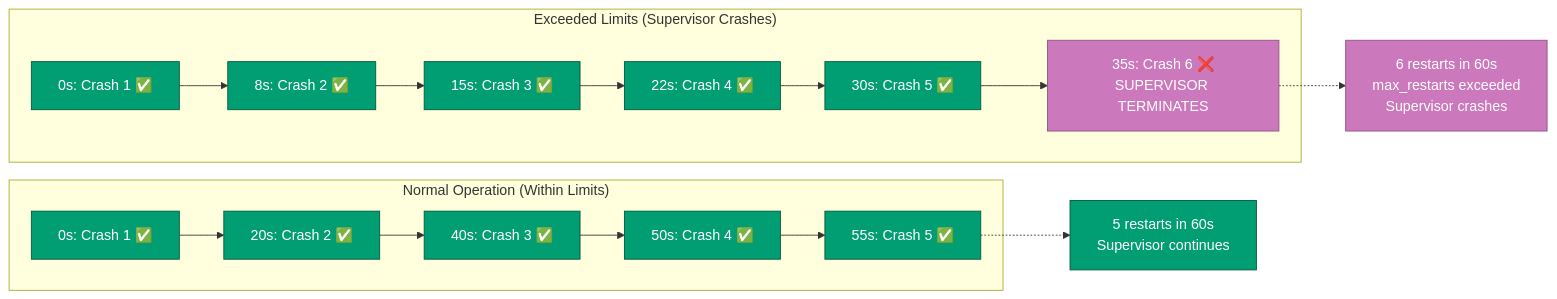
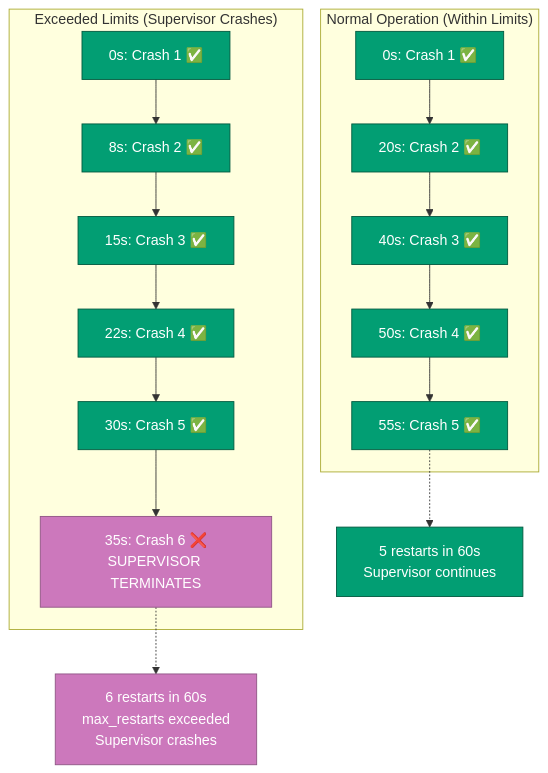
Before and after one commit to wahidyankf/open-sharia-enterprise: the sixth of 8 diagrams in docs/explanation/software-engineering/programming-languages/elixir/otp-supervisor.md, drawn with Mermaid. The commit also changed 16 other files, not shown here.

First line of the commit message:
fix(docs): fix mermaid violations in elixir docs

````diff
--- a/docs/explanation/software-engineering/programming-languages/elixir/otp-supervisor.md
+++ b/docs/explanation/software-engineering/programming-languages/elixir/otp-supervisor.md
@@ -578,39 +578,39 @@
 ```mermaid
-graph LR
+graph TD
     subgraph Normal["Normal Operation (Within Limits)"]
         T1[0s: Crash 1 ✅] --> T2[20s: Crash 2 ✅]
         T2 --> T3[40s: Crash 3 ✅]
         T3 --> T4[50s: Crash 4 ✅]
         T4 --> T5[55s: Crash 5 ✅]
     end
 
     subgraph Exceeded["Exceeded Limits (Supervisor Crashes)"]
         R1[0s: Crash 1 ✅] --> R2[8s: Crash 2 ✅]
         R2 --> R3[15s: Crash 3 ✅]
         R3 --> R4[22s: Crash 4 ✅]
         R4 --> R5[30s: Crash 5 ✅]
         R5 --> R6[35s: Crash 6 ❌<br/>SUPERVISOR TERMINATES]
     end
 
     Note1[5 restarts in 60s<br/>Supervisor continues]
     Note2[6 restarts in 60s<br/>max_restarts exceeded<br/>Supervisor crashes]
 
     T5 -.-> Note1
     R6 -.-> Note2
 
     style T1 fill:#029E73,stroke:#01593F,color:#FFF
     style T2 fill:#029E73,stroke:#01593F,color:#FFF
     style T3 fill:#029E73,stroke:#01593F,color:#FFF
     style T4 fill:#029E73,stroke:#01593F,color:#FFF
     style T5 fill:#029E73,stroke:#01593F,color:#FFF
 
     style R1 fill:#029E73,stroke:#01593F,color:#FFF
     style R2 fill:#029E73,stroke:#01593F,color:#FFF
     style R3 fill:#029E73,stroke:#01593F,color:#FFF
     style R4 fill:#029E73,stroke:#01593F,color:#FFF
     style R5 fill:#029E73,stroke:#01593F,color:#FFF
     style R6 fill:#CC78BC,stroke:#8E5484,color:#FFF
 
     style Note1 fill:#029E73,stroke:#01593F,color:#FFF
     style Note2 fill:#CC78BC,stroke:#8E5484,color:#FFF
 ```
````
